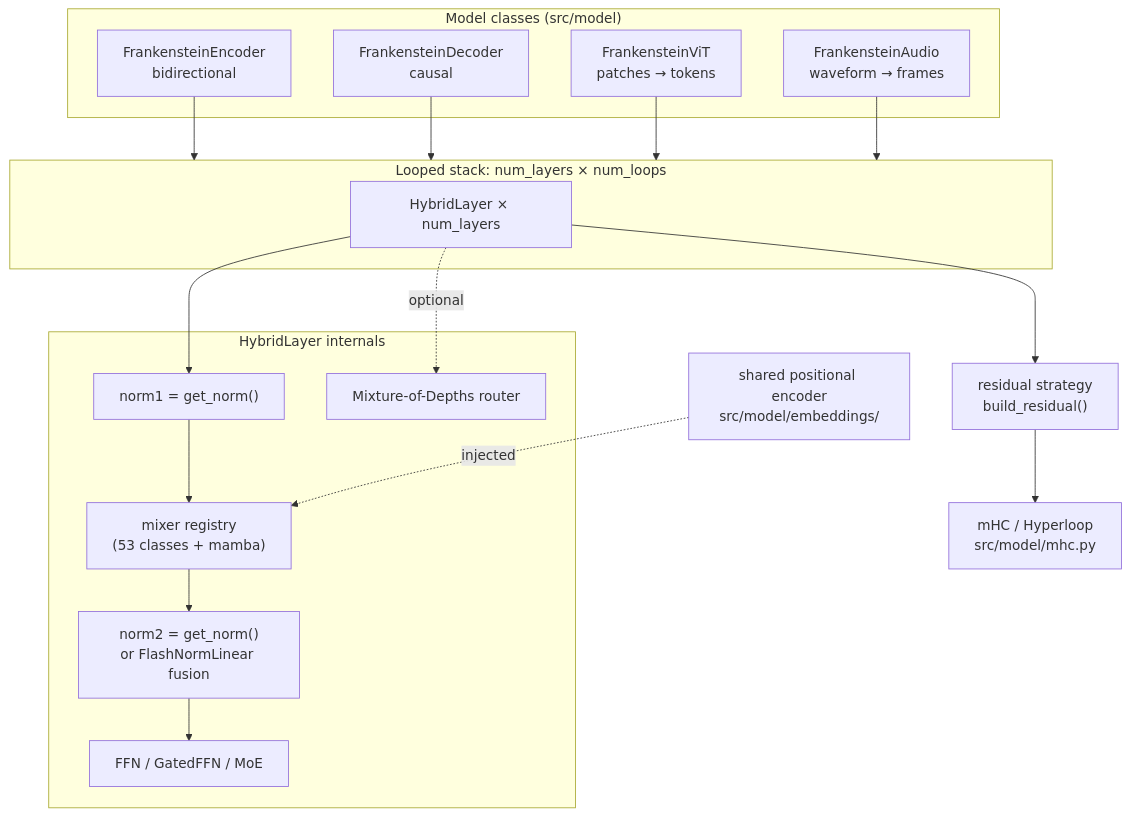
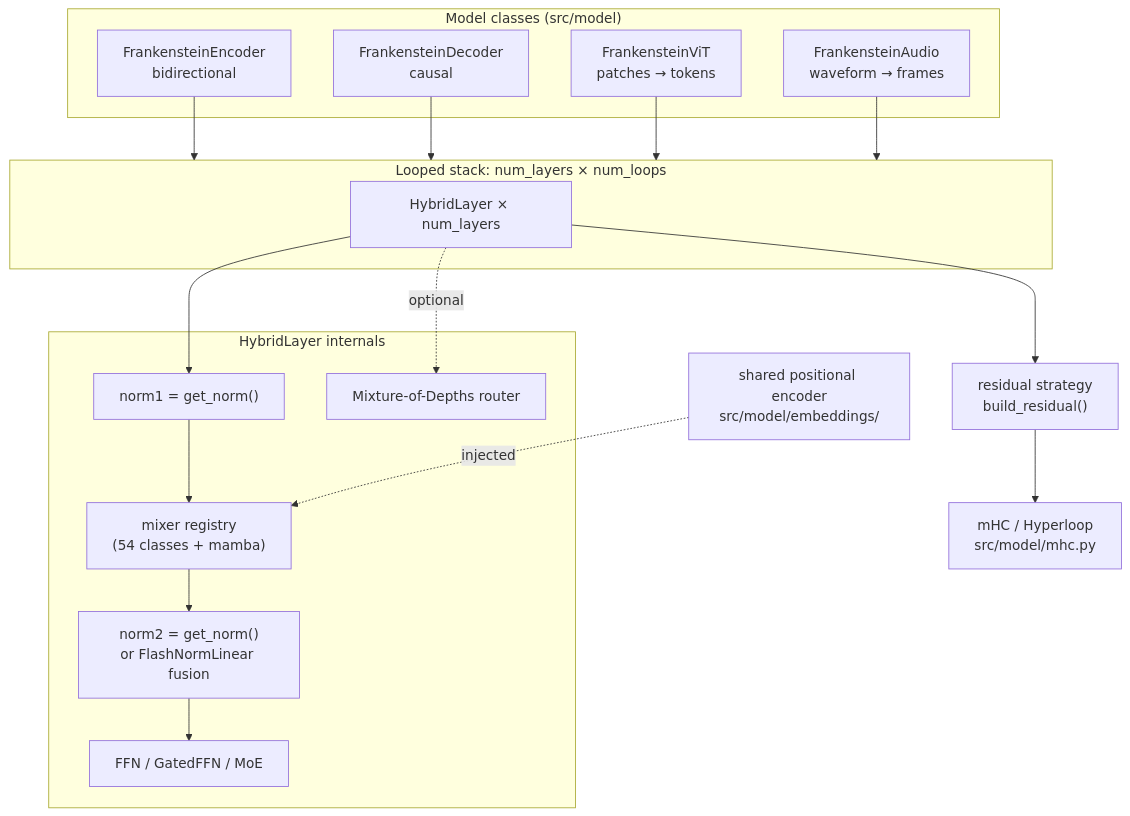
The third of 5 diagrams in frankenstein-transformer/paper/specs/architecture.md (erickfmm/erickfmm.github.io), drawn with Mermaid before and after one commit. The commit also changed other lines of this file and 35 other files, not shown here.

````diff
--- a/frankenstein-transformer/paper/specs/architecture.md
+++ b/frankenstein-transformer/paper/specs/architecture.md
@@ -233,32 +233,32 @@
 ```mermaid
 flowchart TD
     subgraph MODELS["Model classes (src/model)"]
       ENC["FrankensteinEncoder<br/>bidirectional"]
       DEC["FrankensteinDecoder<br/>causal"]
       VIT["FrankensteinViT<br/>patches → tokens"]
       AUD["FrankensteinAudio<br/>waveform → frames"]
     end
 
     ENC --> LOOP
     DEC --> LOOP
     VIT --> LOOP
     AUD --> LOOP
 
     subgraph LOOP["Looped stack: num_layers × num_loops"]
       HL["HybridLayer × num_layers"]
     end
 
     subgraph HYBRID["HybridLayer internals"]
       N1["norm1 = get_norm()"]
-      MX["mixer registry<br/>(53 classes + mamba)"]
+      MX["mixer registry<br/>(54 classes + mamba)"]
       FF["FFN / GatedFFN / MoE"]
       N2["norm2 = get_norm()<br/>or FlashNormLinear fusion"]
       MOD["Mixture-of-Depths router"]
     end
 
     HL --> N1 --> MX --> N2 --> FF
     HL -. optional .-> MOD
     PE["shared positional encoder<br/>src/model/embeddings/"] -. injected .-> MX
     HL --> RES["residual strategy<br/>build_residual()"]
     RES --> MHC["mHC / Hyperloop<br/>src/model/mhc.py"]
 ```
````
